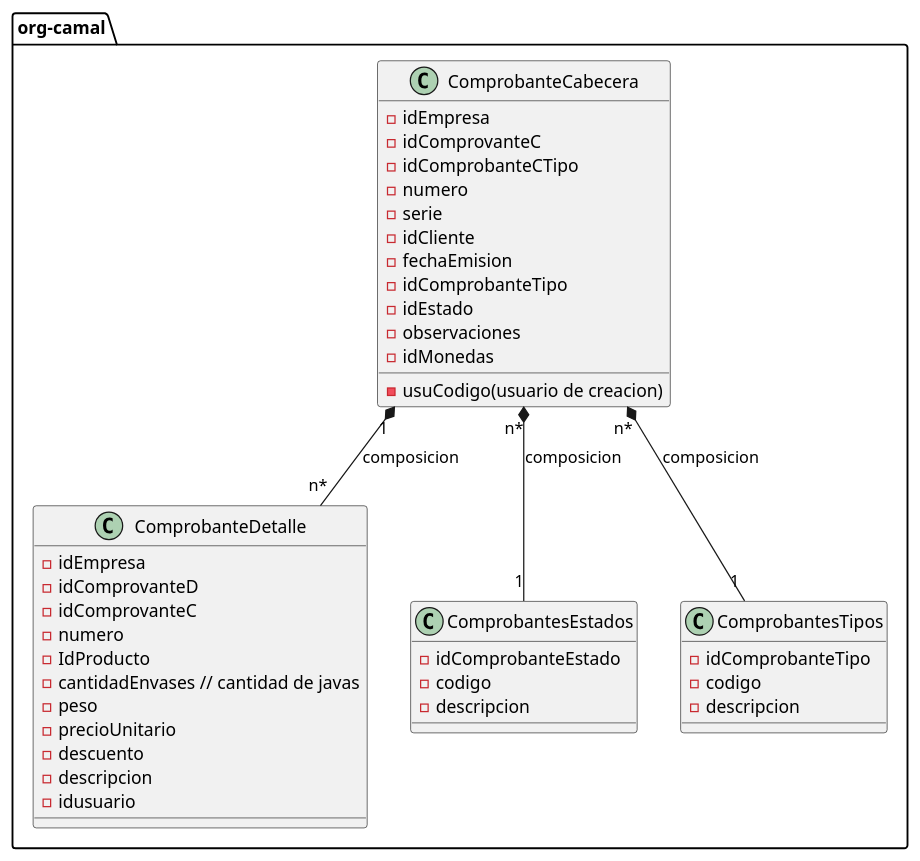
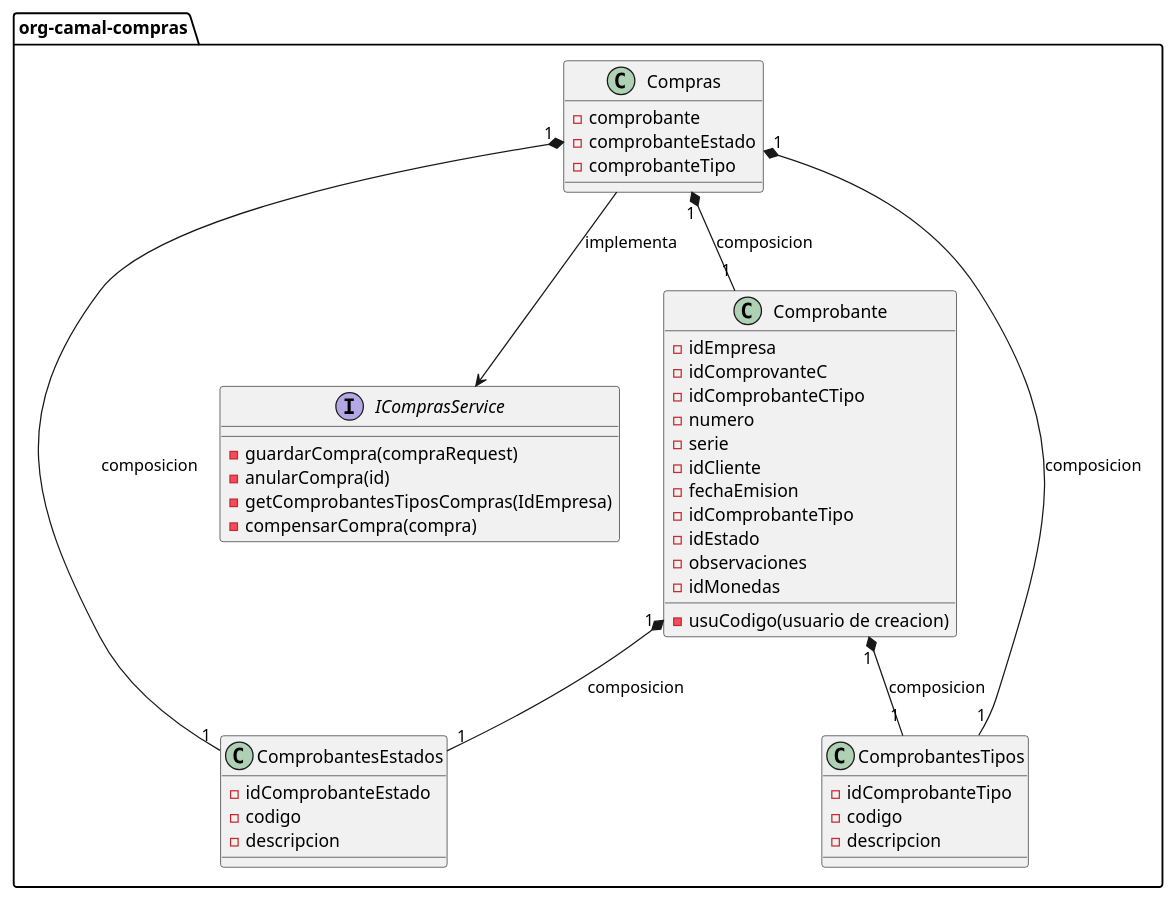
One commit to Digbers/camal-microservice changed the diagram in UML/compras/DC compras.puml. Above: the diagram before and after it, drawn with PlantUML. The commit also changed 174 other files, not shown here.

```diff
--- a/UML/compras/DC compras.puml
+++ b/UML/compras/DC compras.puml
@@ -1,46 +1,48 @@
 @startuml
 
-package "org-camal" {
-    class ComprobanteCabecera{
+package "org-camal-compras" {
+    class Comprobante{
         -idEmpresa
         -idComprovanteC
         -idComprobanteCTipo
         -numero
         -serie
         -idCliente
         -fechaEmision
         -idComprobanteTipo
         -idEstado
         -usuCodigo(usuario de creacion)
         -observaciones
         -idMonedas
     }
-    class ComprobanteDetalle{
-        -idEmpresa
-        -idComprovanteD
-        -idComprovanteC
-        -numero
-        -IdProducto
-        - cantidadEnvases // cantidad de javas
-        - peso
-        -precioUnitario
-        -descuento
-        -descripcion
-        -idusuario
-        }
+    class Compras{
+        - comprobante
+        - comprobanteEstado
+        - comprobanteTipo
+    }
+    interface IComprasService {
+        - guardarCompra(compraRequest)
+        - anularCompra(id)
+        - getComprobantesTiposCompras(IdEmpresa)
+        - compensarCompra(compra)
+    }
     class ComprobantesEstados {
         -idComprobanteEstado
         -codigo
         -descripcion
     }
     class ComprobantesTipos {
             -idComprobanteTipo
             -codigo
             -descripcion
         }
-    ComprobanteCabecera "n*" *-- "1" ComprobantesEstados : composicion
-    ComprobanteCabecera "1" *-- "n*" ComprobanteDetalle : composicion
-    ComprobanteCabecera "n*" *-- "1" ComprobantesTipos : composicion
+
+    Compras "1" *-- "1" Comprobante : composicion
+    Compras "1" *-- "1" ComprobantesEstados : composicion
+    Compras "1" *-- "1" ComprobantesTipos : composicion
+    Compras --> IComprasService : implementa
+    Comprobante "1" *-- "1" ComprobantesEstados : composicion
+    Comprobante "1" *-- "1" ComprobantesTipos : composicion
 }
 
 @enduml
```
